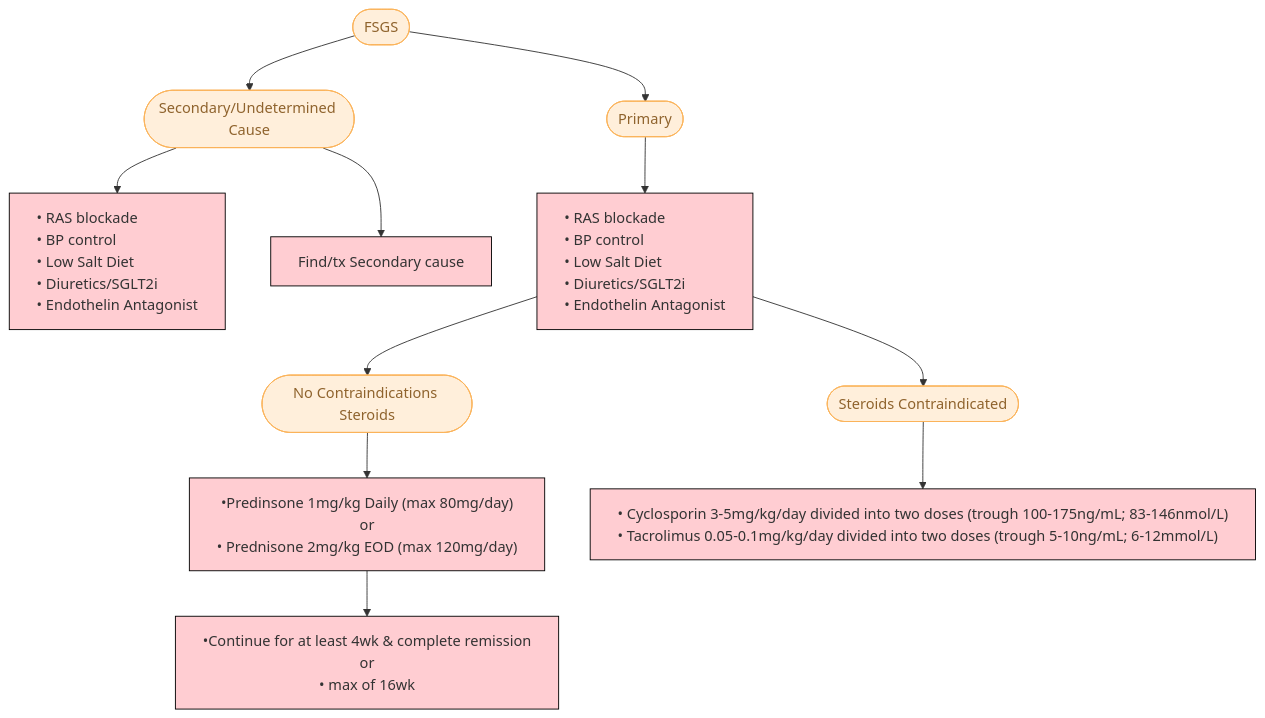
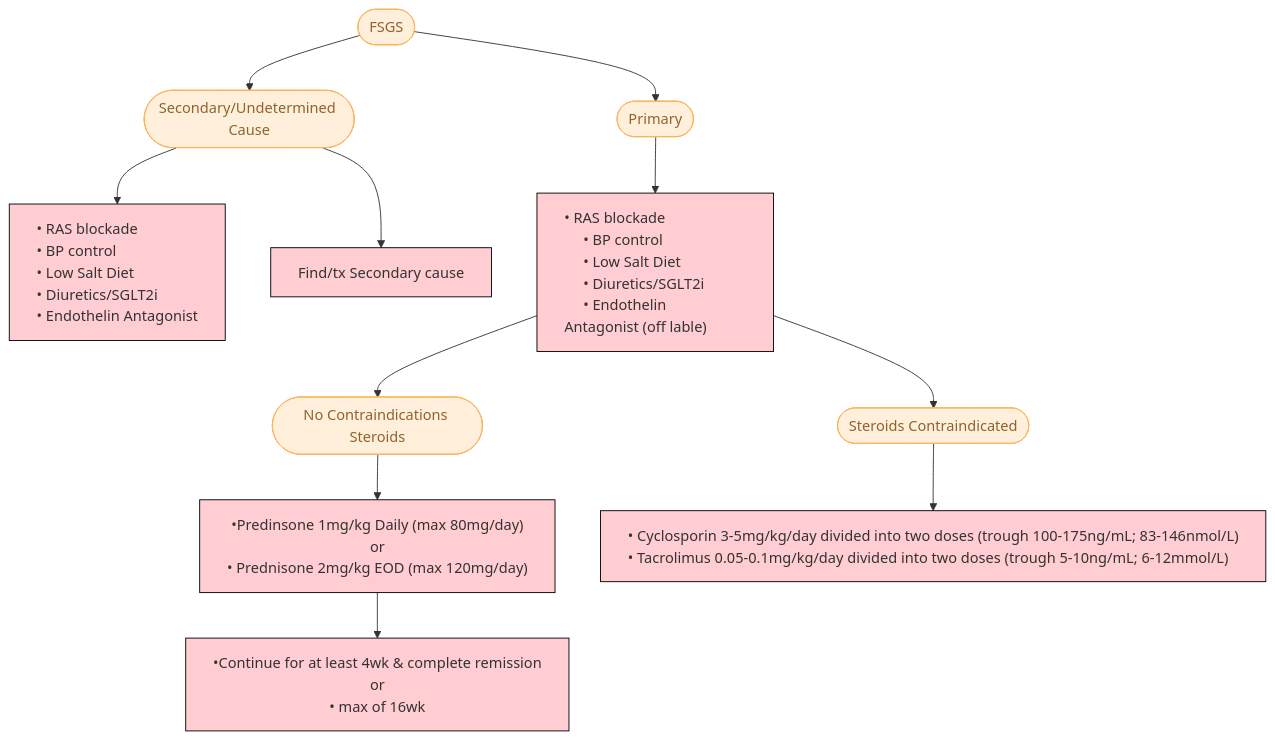
Before and after one commit to TTUNEPH2025/GN: the second of 3 diagrams in docs/FSGS.md, drawn with Mermaid.

````diff
--- a/docs/FSGS.md
+++ b/docs/FSGS.md
@@ -125,36 +125,36 @@
 ```mermaid
 flowchart TD
     A(["FSGS"]) --> B(["Primary"]) & n1(["Secondary/Undetermined Cause"])
     n1 --> n2["• RAS blockade
      • BP control
      • Low Salt Diet
      • Diuretics/SGLT2i"
      • Endothelin Antagonist] & n3["Find/tx Secondary cause"]
     B --> n26["• RAS blockade
      • BP control
      • Low Salt Diet
      • Diuretics/SGLT2i
-     • Endothelin Antagonist"]
+     • Endothelin Antagonist (off lable)"]
     n4["•Predinsone 1mg/kg Daily (max 80mg/day)
     or
     • Prednisone 2mg/kg EOD (max 120mg/day)"] --> n5["•Continue for at least 4wk & complete remission 
     or 
     • max of 16wk"]
     n24(["Steroids Contraindicated"]) --> n25["• Cyclosporin 3-5mg/kg/day divided into two doses (trough 100-175ng/mL; 83-146nmol/L)
      • Tacrolimus 0.05-0.1mg/kg/day divided into two doses (trough 5-10ng/mL; 6-12mmol/L)"]
     n26 --> n24 & n27(["No Contraindications Steroids"])
     n27 --> n4
      A:::Peach
      B:::Peach
      n1:::Peach
      n24:::Peach
      n27:::Peach
     classDef Peach stroke-width:1px, stroke-dasharray:none, stroke:#FBB35A, fill:#FFEFDB, color:#8F632D
     classDef Class_01 fill:#FFCDD2
     style n2 fill:#FFCDD2,stroke:#000000,text-align:left
     style n3 fill:#FFCDD2,stroke:#000000
     style n26 fill:#FFCDD2,stroke:#000000,text-align:left
     style n4 fill:#FFCDD2,stroke:#000000,white-space:nowrap
     style n5 stroke:#000000,fill:#FFCDD2,white-space:nowrap
     style n25 fill:#FFCDD2,stroke:#000000,text-align:left,white-space:nowrap
 ```
````
